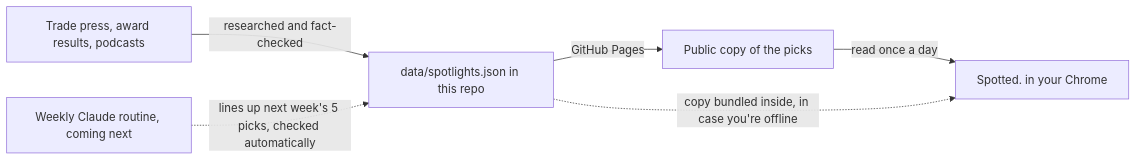
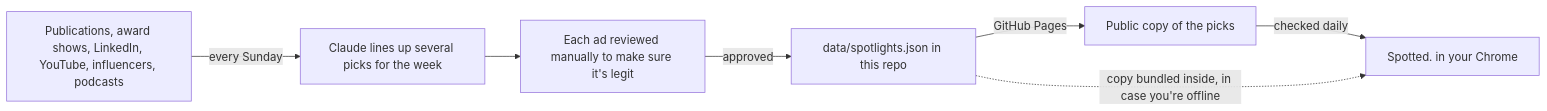
One commit to georgepohl2-design/spotted-daily-ads changed the diagram in README.md. Above: the diagram before and after it, drawn with Mermaid. The commit also changed other lines of this file and 16 other files, not shown here.

````diff
--- a/README.md
+++ b/README.md
@@ -55,8 +56,9 @@
 ```mermaid
 flowchart LR
-    A[Trade press, award results, podcasts] -->|researched and fact-checked| B[data/spotlights.json in this repo]
-    B -->|GitHub Pages| C[Public copy of the picks]
-    C -->|read once a day| D[Spotted. in your Chrome]
-    B -.->|copy bundled inside, in case you're offline| D
-    E[Weekly Claude routine, coming next] -.->|lines up next week's 5 picks, checked automatically| B
+    A[Publications, award shows, LinkedIn, YouTube, influencers, podcasts] -->|every Sunday| B[Claude lines up several picks for the week]
+    B --> C[Each ad reviewed manually to make sure it's legit]
+    C -->|approved| D[data/spotlights.json in this repo]
+    D -->|GitHub Pages| E[Public copy of the picks]
+    E -->|checked daily| F[Spotted. in your Chrome]
+    D -.->|copy bundled inside, in case you're offline| F
 ```
````
